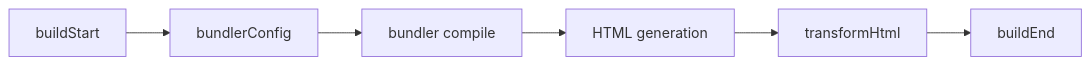
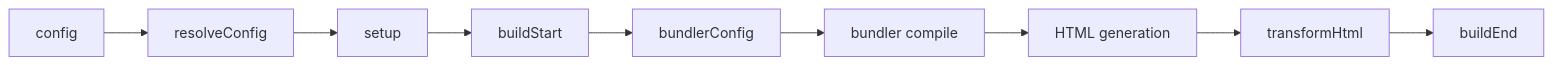
The diagram in docs/docs/plugins.md (binhanchen25-arch/evjs), drawn with Mermaid before and after one commit. The commit also changed other lines of this file and 1 other file, not shown here.

````diff
--- a/docs/docs/plugins.md
+++ b/docs/docs/plugins.md
@@ -92,8 +95,11 @@
 ```mermaid
 flowchart LR
-    A[buildStart] --> B[bundlerConfig]
-    B --> C["bundler compile"]
-    C --> D["HTML generation"]
-    D --> E[transformHtml]
-    E --> F[buildEnd]
+    A[config] --> B["resolveConfig"]
+    B --> C[setup]
+    C --> D[buildStart]
+    D --> E[bundlerConfig]
+    E --> F["bundler compile"]
+    F --> G["HTML generation"]
+    G --> H[transformHtml]
+    H --> I[buildEnd]
 ```
````
